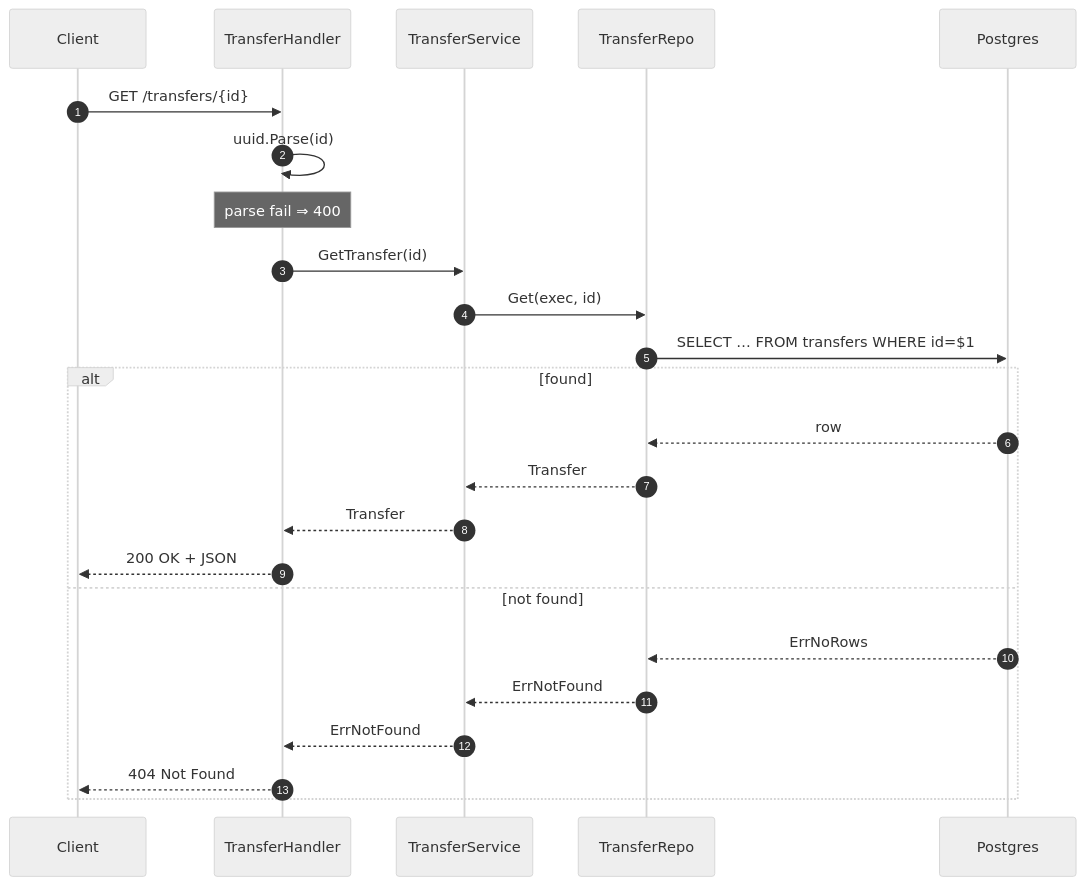
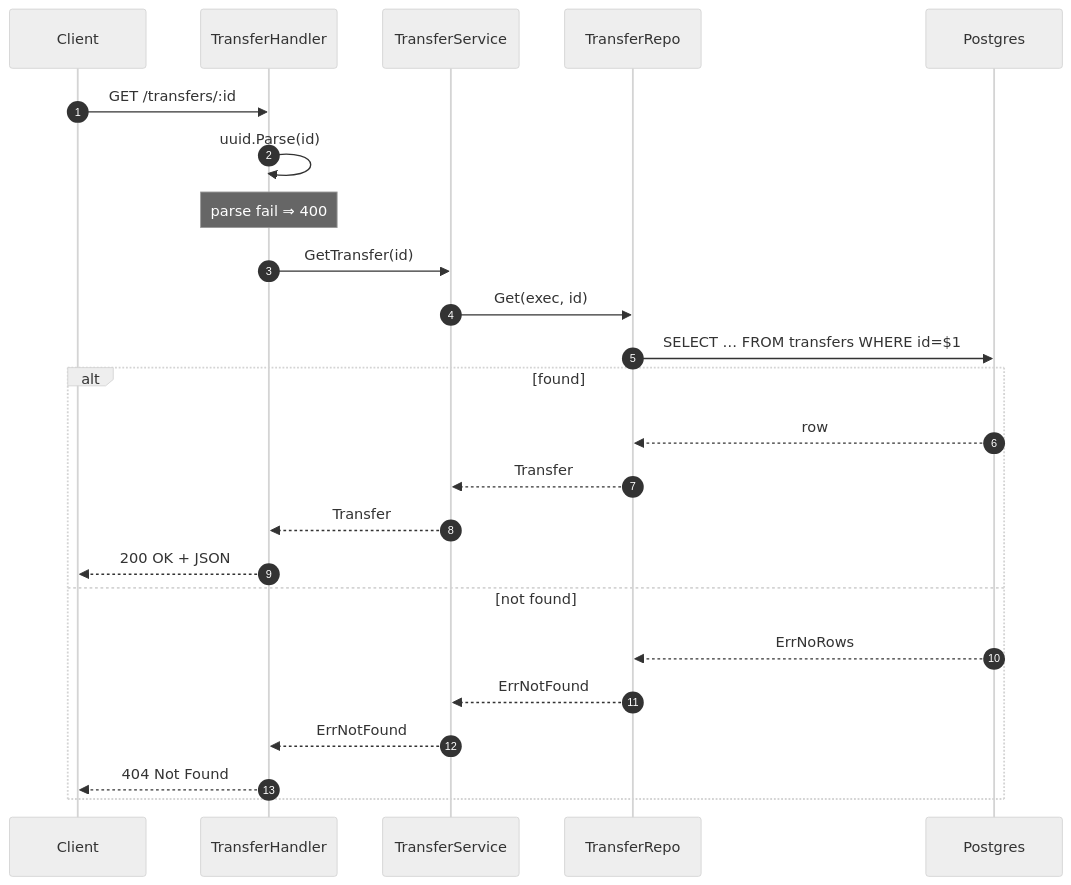
Diagram 14 of 20 in README.md (PratikDhanave/wallet-transfer-assignment), drawn with Mermaid (neutral theme) before and after one commit. The commit also changed other lines of this file, not shown here.

````diff
--- a/README.md
+++ b/README.md
@@ -625,27 +624,27 @@
 ```mermaid
 sequenceDiagram
     autonumber
     participant C as Client
     participant H as TransferHandler
     participant S as TransferService
     participant T as TransferRepo
     participant DB as Postgres
 
-    C->>H: GET /transfers/{id}
+    C->>H: GET /transfers/:id
     H->>H: uuid.Parse(id)
     Note over H: parse fail ⇒ 400
     H->>S: GetTransfer(id)
     S->>T: Get(exec, id)
     T->>DB: SELECT … FROM transfers WHERE id=$1
     alt found
         DB-->>T: row
         T-->>S: Transfer
         S-->>H: Transfer
         H-->>C: 200 OK + JSON
     else not found
         DB-->>T: ErrNoRows
         T-->>S: ErrNotFound
         S-->>H: ErrNotFound
         H-->>C: 404 Not Found
     end
 ```
````
